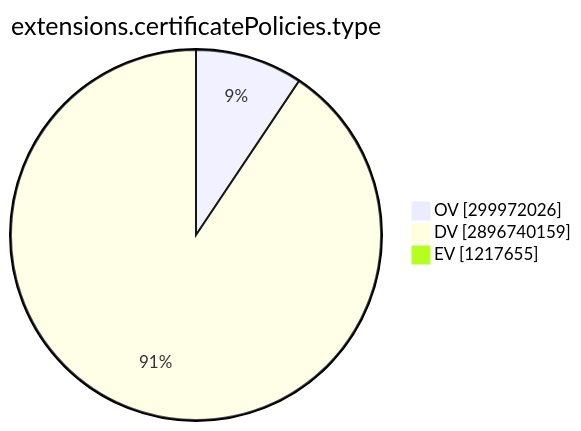
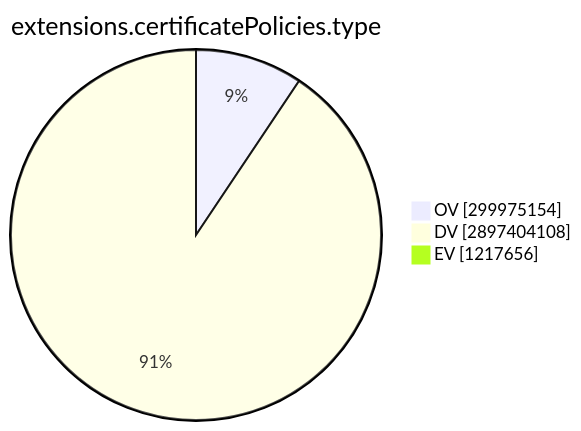
One commit to christiankrug/ctmonitor_visualization changed the ninth of 15 diagrams in TOTAL/README.md. Above: the diagram before and after it, drawn with Mermaid. The commit also changed other lines of this file, not shown here.

````diff
--- a/TOTAL/README.md
+++ b/TOTAL/README.md
@@ -3101,7 +3101,7 @@
 ```mermaid
 pie showData
 title extensions.certificatePolicies.type
-"OV" :299972026
-"DV" :2896740159
-"EV" :1217655
+"OV" :299975154
+"DV" :2897404108
+"EV" :1217656
 ```
````
